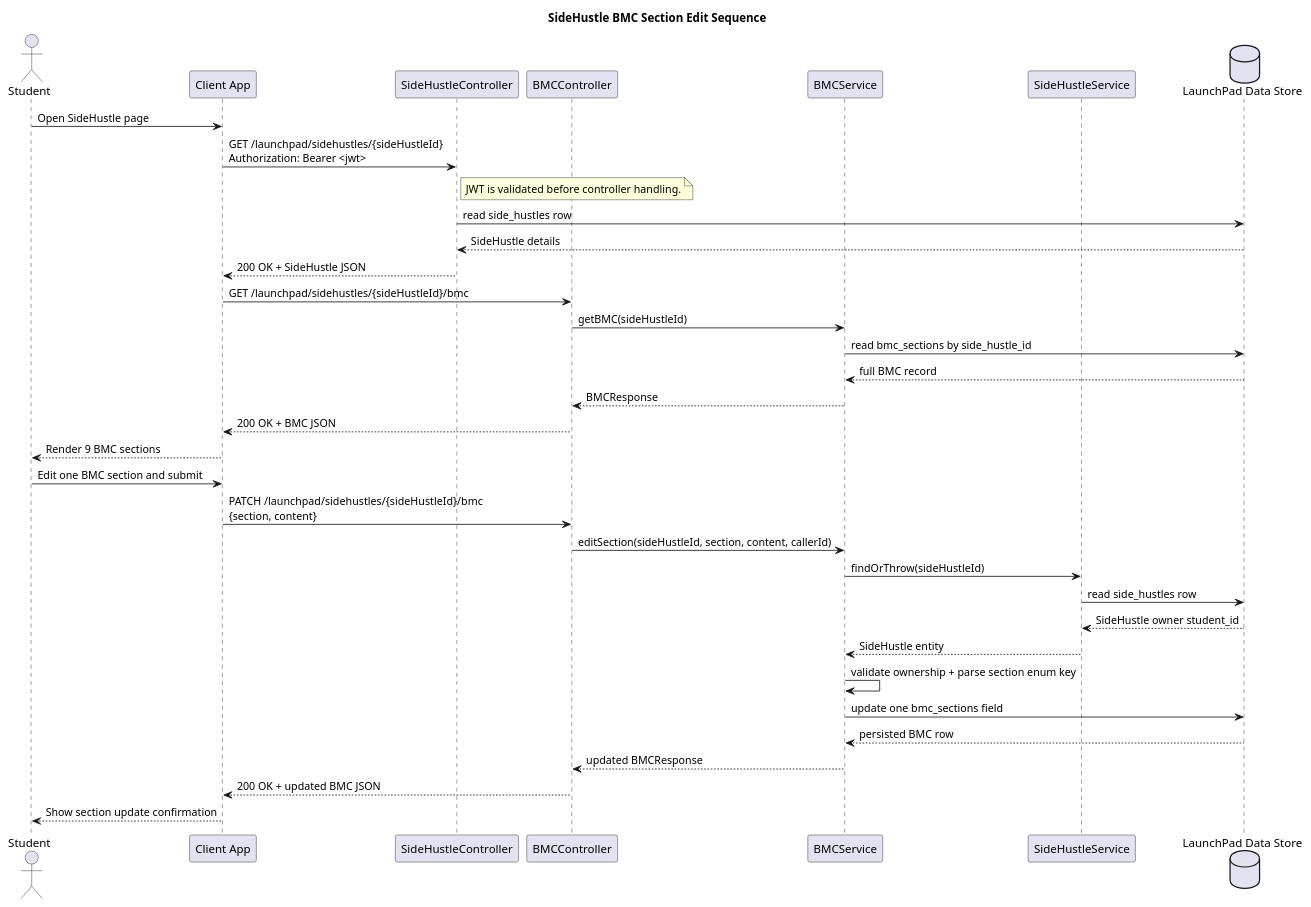
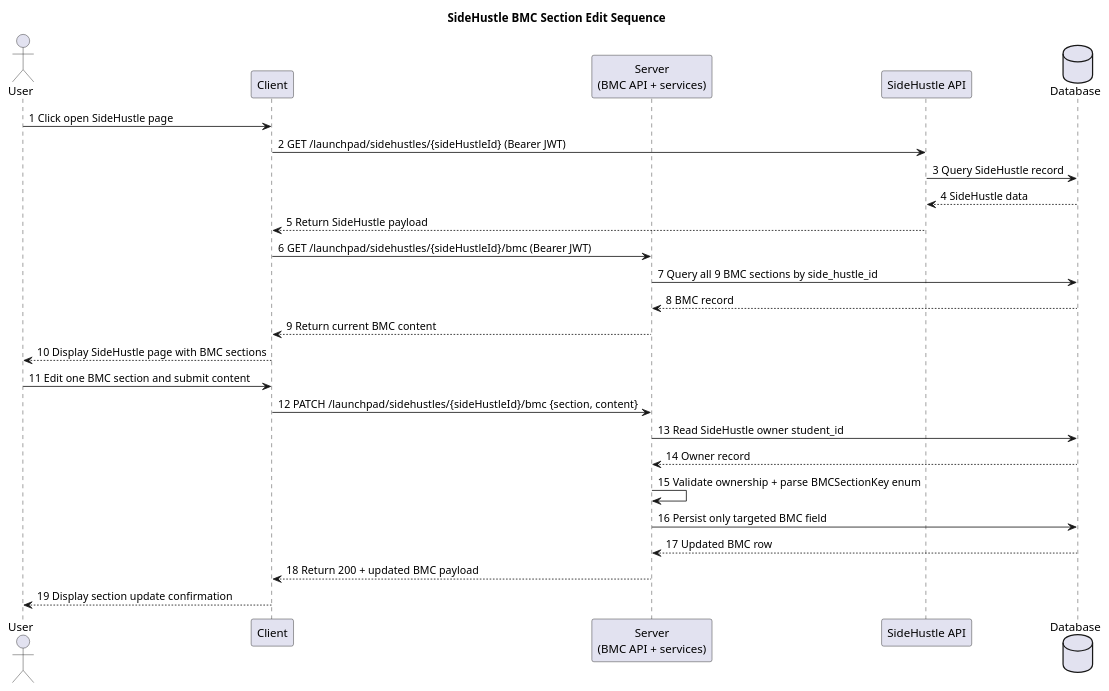
Before and after one commit to anthonytoyco/hatchloom: the diagram in diagrams/sequence_bmc.puml, drawn with PlantUML. The commit also changed 6 other files, not shown here.

Commit message:
feat: update API documentation and diagrams for LaunchPad service, including success response codes and domain class diagram

```diff
--- a/diagrams/sequence_bmc.puml
+++ b/diagrams/sequence_bmc.puml
@@ -1,43 +1,31 @@
-@startuml
+@startuml sequence_bmc
 title SideHustle BMC Section Edit Sequence
 
-actor Student as User
-participant "Client App" as Client
-participant "SideHustleController" as SideHustleController
-participant "BMCController" as BMCController
-participant "BMCService" as BMCService
-participant "SideHustleService" as SideHustleService
-database "LaunchPad Data Store" as DB
+actor User
+participant Client
+participant "Server\n(BMC API + services)" as Server
+participant "SideHustle API" as SideHustleApi
+database Database
 
-User -> Client: Open SideHustle page
-Client -> SideHustleController: GET /launchpad/sidehustles/{sideHustleId}\nAuthorization: Bearer <jwt>
-note right of SideHustleController
-	JWT is validated before controller handling.
-end note
-SideHustleController -> DB: read side_hustles row
-DB --> SideHustleController: SideHustle details
-SideHustleController --> Client: 200 OK + SideHustle JSON
+User -> Client: 1 Click open SideHustle page
+Client -> SideHustleApi: 2 GET /launchpad/sidehustles/{sideHustleId} (Bearer JWT)
+SideHustleApi -> Database: 3 Query SideHustle record
+Database --> SideHustleApi: 4 SideHustle data
+SideHustleApi --> Client: 5 Return SideHustle payload
+Client -> Server: 6 GET /launchpad/sidehustles/{sideHustleId}/bmc (Bearer JWT)
+Server -> Database: 7 Query all 9 BMC sections by side_hustle_id
+Database --> Server: 8 BMC record
+Server --> Client: 9 Return current BMC content
+Client --> User: 10 Display SideHustle page with BMC sections
 
-Client -> BMCController: GET /launchpad/sidehustles/{sideHustleId}/bmc
-BMCController -> BMCService: getBMC(sideHustleId)
-BMCService -> DB: read bmc_sections by side_hustle_id
-DB --> BMCService: full BMC record
-BMCService --> BMCController: BMCResponse
-BMCController --> Client: 200 OK + BMC JSON
-Client --> User: Render 9 BMC sections
-
-User -> Client: Edit one BMC section and submit
-Client -> BMCController: PATCH /launchpad/sidehustles/{sideHustleId}/bmc\n{section, content}
-BMCController -> BMCService: editSection(sideHustleId, section, content, callerId)
-BMCService -> SideHustleService: findOrThrow(sideHustleId)
-SideHustleService -> DB: read side_hustles row
-DB --> SideHustleService: SideHustle owner student_id
-SideHustleService --> BMCService: SideHustle entity
-BMCService -> BMCService: validate ownership + parse section enum key
-BMCService -> DB: update one bmc_sections field
-DB --> BMCService: persisted BMC row
-BMCService --> BMCController: updated BMCResponse
-BMCController --> Client: 200 OK + updated BMC JSON
-Client --> User: Show section update confirmation
+User -> Client: 11 Edit one BMC section and submit content
+Client -> Server: 12 PATCH /launchpad/sidehustles/{sideHustleId}/bmc {section, content}
+Server -> Database: 13 Read SideHustle owner student_id
+Database --> Server: 14 Owner record
+Server -> Server: 15 Validate ownership + parse BMCSectionKey enum
+Server -> Database: 16 Persist only targeted BMC field
+Database --> Server: 17 Updated BMC row
+Server --> Client: 18 Return 200 + updated BMC payload
+Client --> User: 19 Display section update confirmation
 
 @enduml
```
